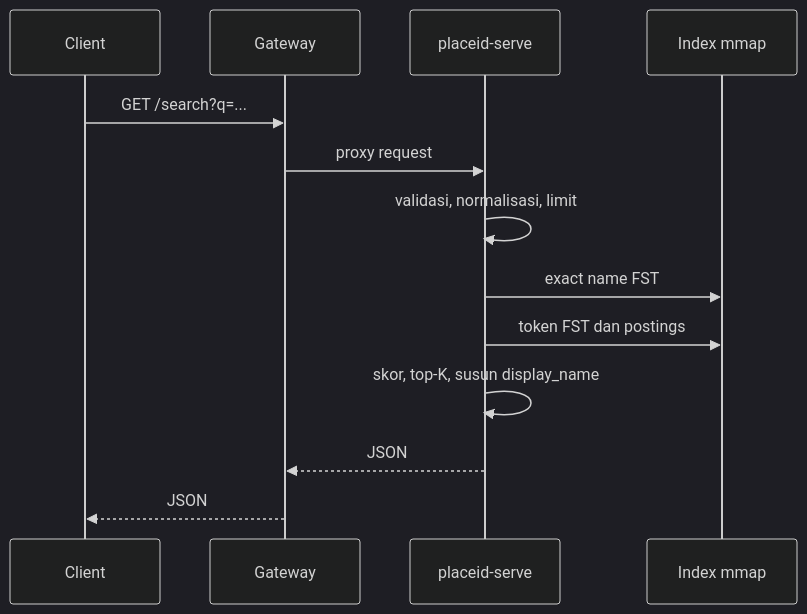
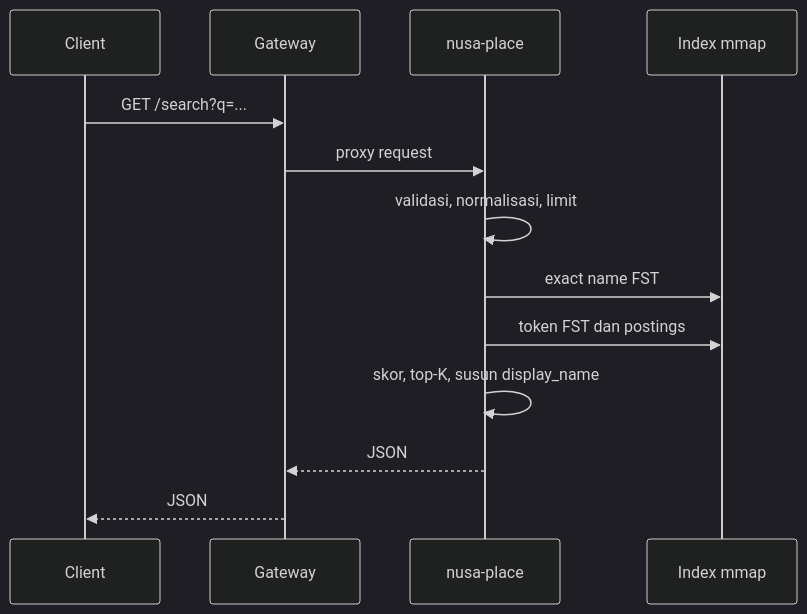
One commit to nusapeta/place changed the fourth of 5 diagrams in docs/ARCHITECTURE.md. Above: the diagram before and after it, drawn with Mermaid (dark theme). The commit also changed other lines of this file and 48 other files, not shown here.

First line of the commit message:
rename: rebrand placeid as nusapeta/place

````diff
--- a/docs/ARCHITECTURE.md
+++ b/docs/ARCHITECTURE.md
@@ -91,15 +91,15 @@
 ```mermaid
 sequenceDiagram
     participant C as Client
     participant G as Gateway
-    participant S as placeid-serve
+    participant S as nusa-place
     participant I as Index mmap
     C->>G: GET /search?q=...
     G->>S: proxy request
     S->>S: validasi, normalisasi, limit
     S->>I: exact name FST
     S->>I: token FST dan postings
     S->>S: skor, top-K, susun display_name
     S-->>G: JSON
     G-->>C: JSON
 ```
````
